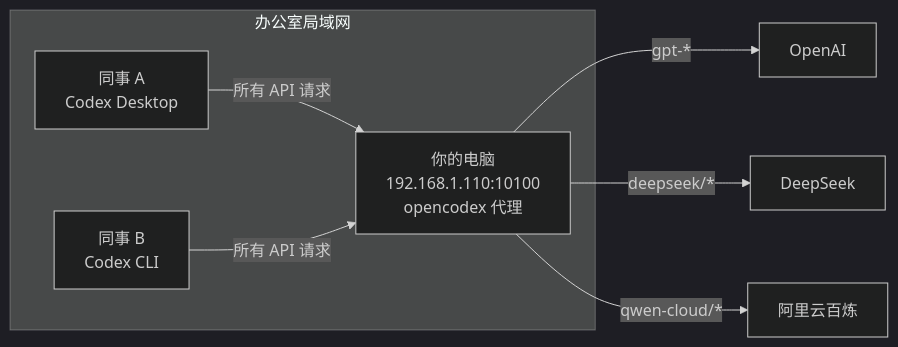
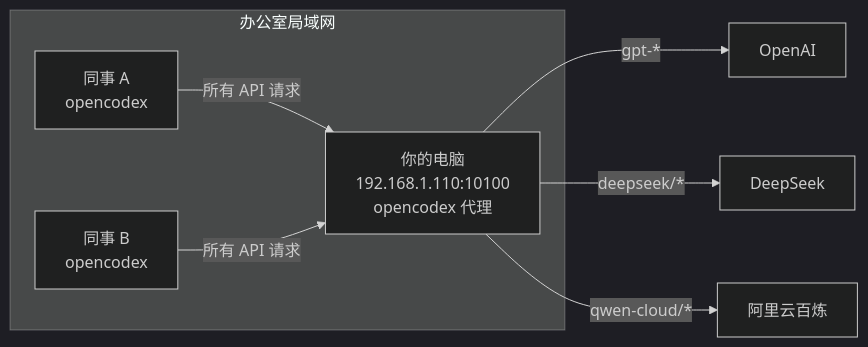
Before and after one commit to orulink-ai/opencodex-lan-share: the diagram in README.md, drawn with Mermaid (dark theme). The commit also changed other lines of this file and 6 other files, not shown here.

````diff
--- a/README.md
+++ b/README.md
@@ -20,14 +20,14 @@
 ```mermaid
 flowchart LR
     subgraph LAN[办公室局域网]
         Server[你的电脑<br/>192.168.1.110:10100<br/>opencodex 代理]
-        ClientA[同事 A<br/>Codex Desktop]
-        ClientB[同事 B<br/>Codex CLI]
+        ClientA[同事 A<br/>opencodex]
+        ClientB[同事 B<br/>opencodex]
     end
 
     ClientA -->|"所有 API 请求"| Server
     ClientB -->|"所有 API 请求"| Server
     Server -->|"gpt-*"| OpenAI[OpenAI]
     Server -->|"deepseek/*"| DeepSeek[DeepSeek]
     Server -->|"qwen-cloud/*"| Aliyun[阿里云百炼]
 ```
````
